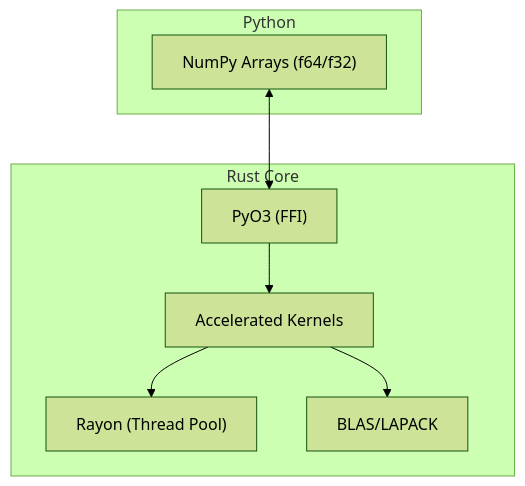
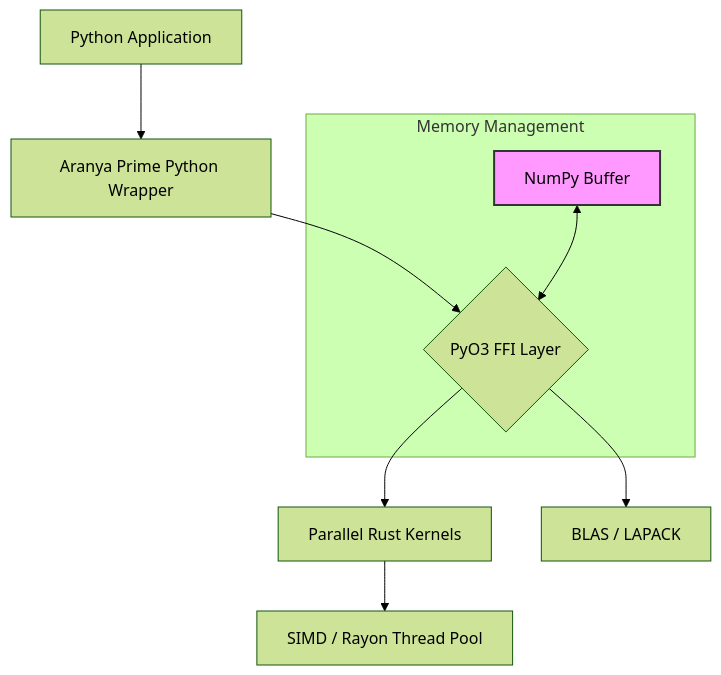
One commit to Adi-Baba/Aranya_Prime changed the diagram in README.md. Above: the diagram before and after it, drawn with Mermaid (forest theme). The commit also changed other lines of this file, not shown here.

````diff
--- a/README.md
+++ b/README.md
@@ -9,18 +26,15 @@
 ```mermaid
 graph TD
-    subgraph Python
-        NumPy["NumPy Arrays (f64/f32)"]
+    A[Python Application] --> B[Aranya Prime Python Wrapper]
+    B --> C{PyO3 FFI Layer}
+    C --> D[Parallel Rust Kernels]
+    C --> E[BLAS / LAPACK]
+    
+    D --> F[SIMD / Rayon Thread Pool]
+    
+    subgraph "Memory Management"
+        G[NumPy Buffer] <--> C
     end
-
-    subgraph "Rust Core"
-        PyO3["PyO3 (FFI)"]
-        Rayon["Rayon (Thread Pool)"]
-        Linalg["Accelerated Kernels"]
-        BLAS["BLAS/LAPACK"]
-    end
-
-    NumPy <--> PyO3
-    PyO3 --> Linalg
-    Linalg --> Rayon
-    Linalg --> BLAS
+    
+    style G fill:#f9f,stroke:#333,stroke-width:2px
 ```
````
